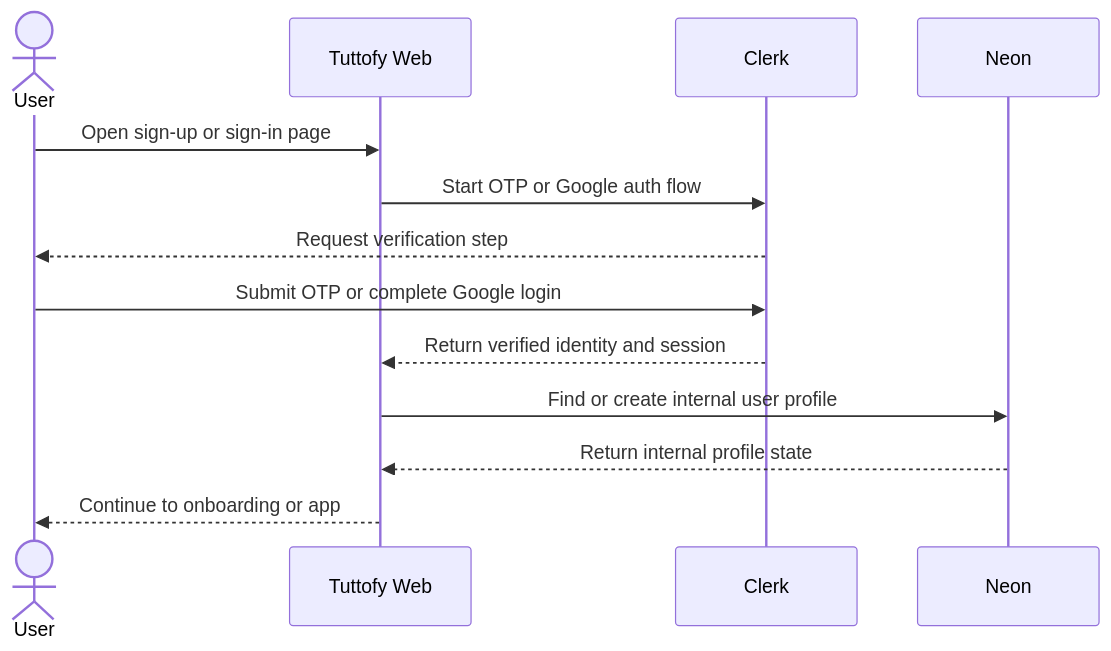
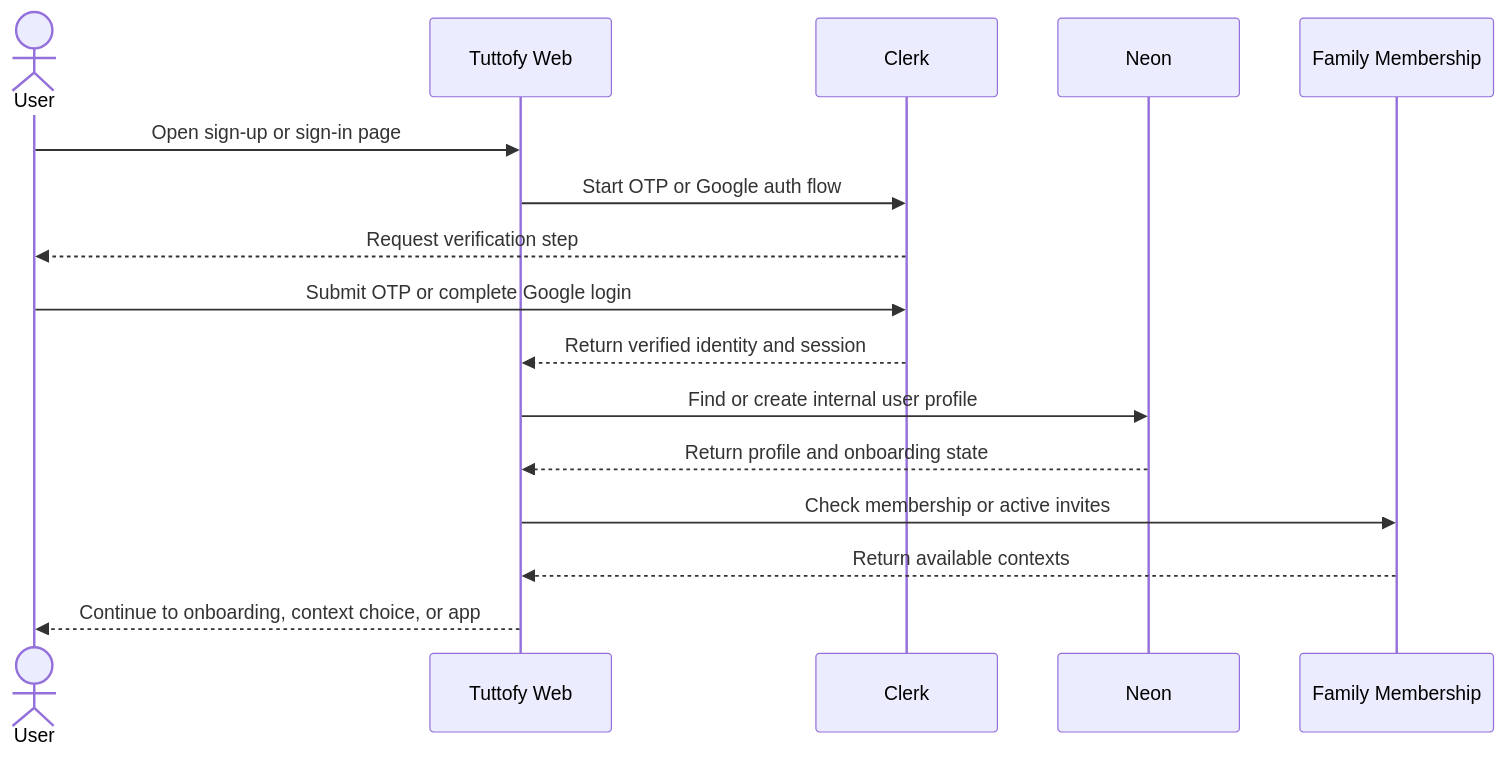
One commit to adambahtiarf/tuttofy-docs changed the second of 2 diagrams in docs/en/authentication.md. Above: the diagram before and after it, drawn with Mermaid. The commit also changed other lines of this file and 7 other files, not shown here.

````diff
--- a/docs/en/authentication.md
+++ b/docs/en/authentication.md
@@ -47,15 +53,18 @@
 ```mermaid
 sequenceDiagram
   actor User
   participant App as Tuttofy Web
   participant Clerk
   participant Neon
+  participant Invite as Family Membership
   User->>App: Open sign-up or sign-in page
   App->>Clerk: Start OTP or Google auth flow
   Clerk-->>User: Request verification step
   User->>Clerk: Submit OTP or complete Google login
   Clerk-->>App: Return verified identity and session
   App->>Neon: Find or create internal user profile
-  Neon-->>App: Return internal profile state
-  App-->>User: Continue to onboarding or app
+  Neon-->>App: Return profile and onboarding state
+  App->>Invite: Check membership or active invites
+  Invite-->>App: Return available contexts
+  App-->>User: Continue to onboarding, context choice, or app
 ```
````
